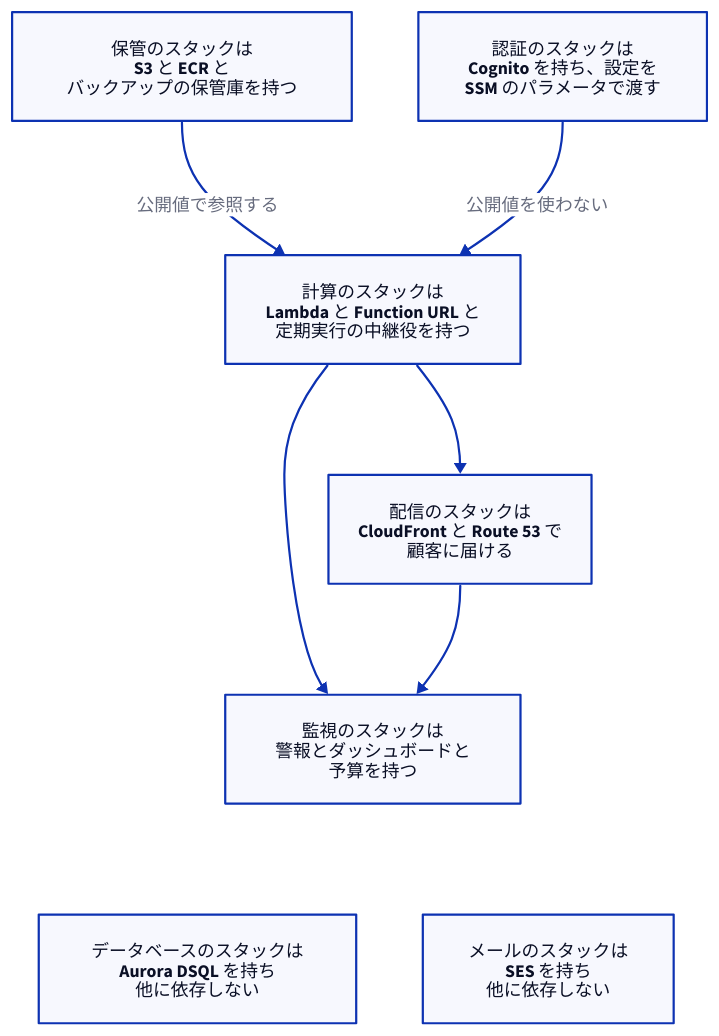
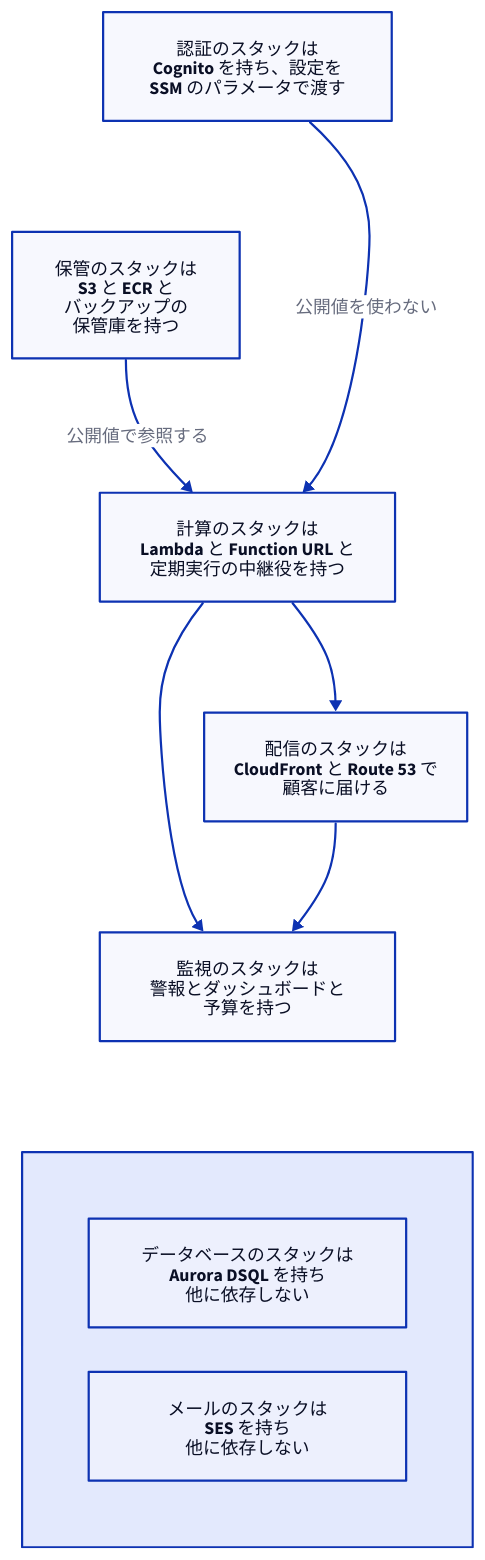
Before and after one commit to Takenori-Kusaka/publishing-hub: the diagram in images/ganbari-quest-design/cdk-stacks.d2, drawn with D2. The commit also changed 78 other files, not shown here.

First line of the commit message:
fix(diagrams): 自然幅が 480px を超えていた図 26 枚を縦に積んで描き直す

```diff
--- a/images/ganbari-quest-design/cdk-stacks.d2
+++ b/images/ganbari-quest-design/cdk-stacks.d2
@@ -1,25 +1,29 @@
 # 7 つのスタックの依存（正本: books/ganbari-quest-design/cdk-stacks.md）
 # 一方向のフローなので layout は dagre（TALA は公式に「DAG は苦手」と明記）。
-# 他に依存しない 2 つのスタックは、幅を 700px に収めるため見えない辺で下段に置く（依存ではない）。
+# 自然幅を 480px 以下に収めるため、箱を縦に積む（幅 390px の電話でも 0.75 倍より縮まず、16px の文字が約 12px 以上で読める）。
+# 認証と保管は見えない辺で上下に置く。他に依存しない 2 つのスタックは見えない辺で下段に置き、枠で囲んで縦に積む（どちらの見えない辺も依存ではない）。
 vars: {
   d2-config: {
     layout-engine: dagre
   }
 }
 direction: down
 
-S: "保管のスタックは\nS3 と ECR と\nバックアップの保管庫を持つ"
+S: "保管のスタックは\nS3 と ECR と\nバックアップの\n保管庫を持つ"
 A: "認証のスタックは\nCognito を持ち、設定を\nSSM のパラメータで渡す"
 C: "計算のスタックは\nLambda と Function URL と\n定期実行の中継役を持つ"
 N: "配信のスタックは\nCloudFront と Route 53 で\n顧客に届ける"
 O: "監視のスタックは\n警報とダッシュボードと\n予算を持つ"
-D: "データベースのスタックは\nAurora DSQL を持ち\n他に依存しない"
-E: "メールのスタックは\nSES を持ち\n他に依存しない"
+indep: "" {
+  grid-rows: 2
+  D: "データベースのスタックは\nAurora DSQL を持ち\n他に依存しない"
+  E: "メールのスタックは\nSES を持ち\n他に依存しない"
+}
 
 S -> C: "公開値で参照する"
 A -> C: "公開値を使わない"
 C -> N
 C -> O
 N -> O
-O -> D: { style.opacity: 0 }
-O -> E: { style.opacity: 0 }
+A -> S: { style.opacity: 0 }
+O -> indep: { style.opacity: 0 }
```
